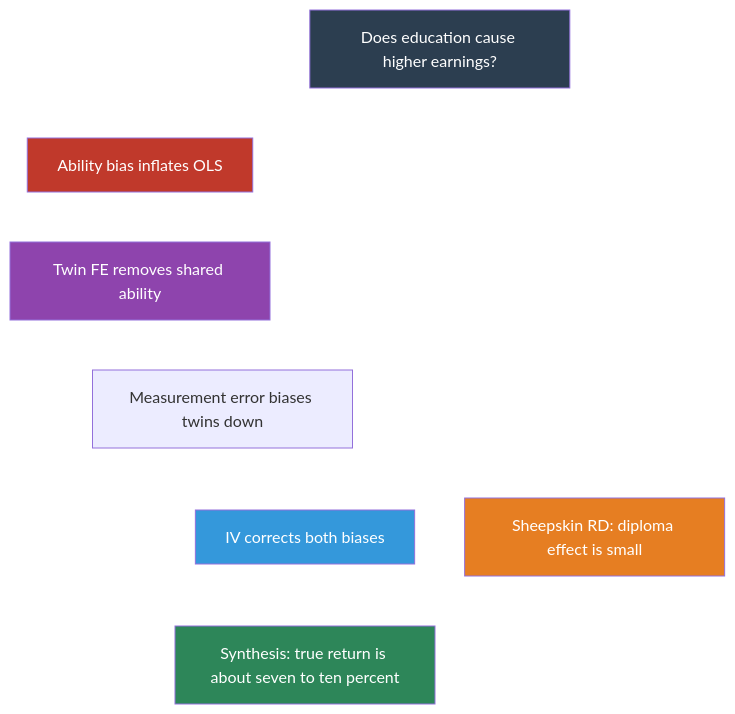
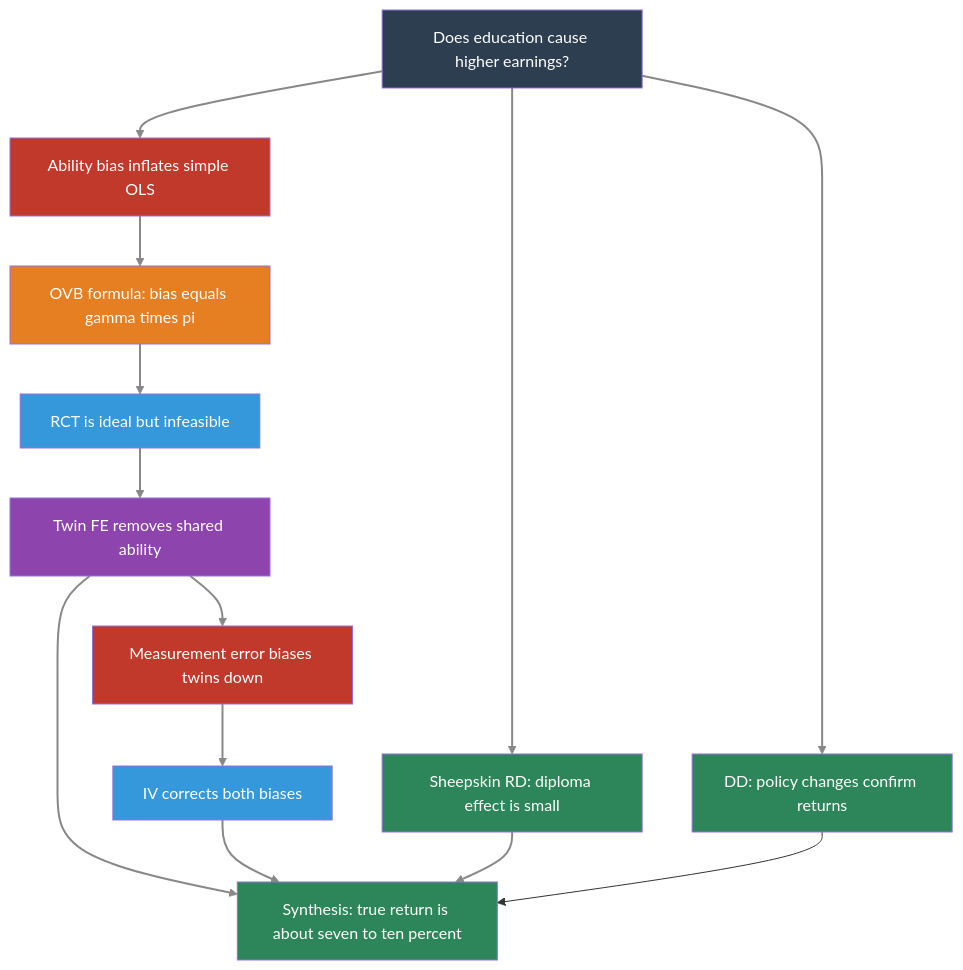
Before and after one commit to cmg777/intro2causal: the second of 2 diagrams in notebooks_md/06-wages-of-schooling.md, drawn with Mermaid. The commit also changed other lines of this file and 17 other files, not shown here.

````diff
--- a/notebooks_md/06-wages-of-schooling.md
+++ b/notebooks_md/06-wages-of-schooling.md
@@ -575,29 +1067,40 @@
 ```mermaid
 
 graph TD
     Q["Does education cause higher earnings?"]
-    AB["Ability bias inflates OLS"]
+    AB["Ability bias inflates simple OLS"]
+    OVB["OVB formula: bias equals gamma times pi"]
+    RCT["RCT is ideal but infeasible"]
     TW["Twin FE removes shared ability"]
     ME["Measurement error biases twins down"]
     IV["IV corrects both biases"]
     RD["Sheepskin RD: diploma effect is small"]
+    DD["DD: policy changes confirm returns"]
     SYN["Synthesis: true return is about seven to ten percent"]
 
     Q --> AB
-    AB --> TW
+    AB --> OVB
+    OVB --> RCT
+    RCT --> TW
     TW --> ME
     ME --> IV
-    Q --> IV
     Q --> RD
+    Q --> DD
     TW --> SYN
     IV --> SYN
     RD --> SYN
+    DD --> SYN
 
     style Q fill:#2c3e50,color:#fff
     style AB fill:#c0392b,color:#fff
+    style OVB fill:#e67e22,color:#fff
+    style RCT fill:#3498db,color:#fff
     style TW fill:#8e44ad,color:#fff
+    style ME fill:#c0392b,color:#fff
     style IV fill:#3498db,color:#fff
-    style RD fill:#e67e22,color:#fff
+    style RD fill:#2d8659,color:#fff
+    style DD fill:#2d8659,color:#fff
     style SYN fill:#2d8659,color:#fff
-    linkStyle default stroke:#fff,stroke-width:2px
+
+    linkStyle 0,1,2,3,4,5,6,7,8,9,10 stroke:#888,stroke-width:2px
 ```
````
